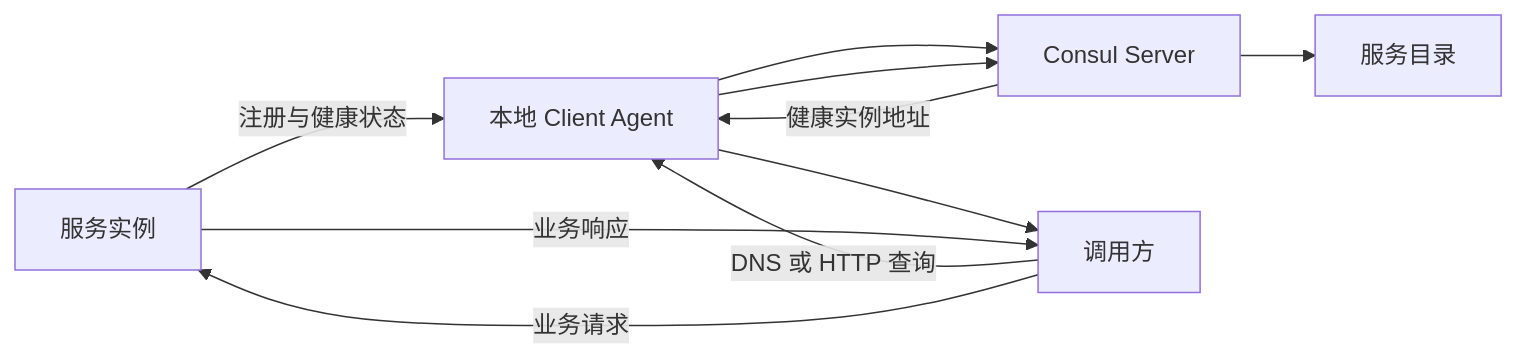
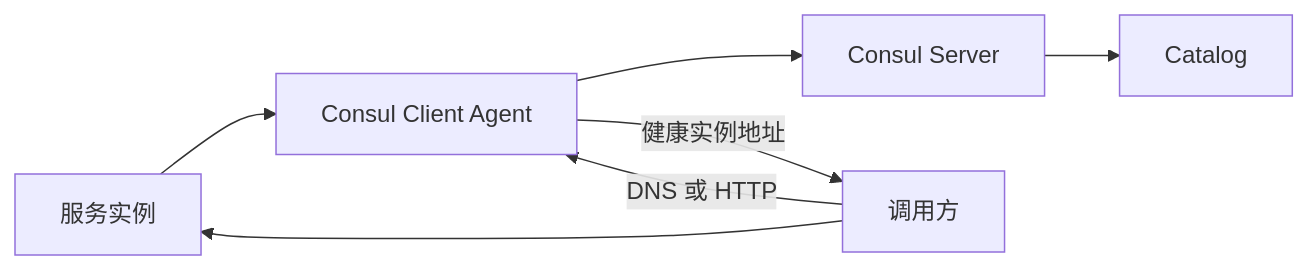
The diagram in content/map/consul.md (blog-archives/interview), drawn with Mermaid before and after one commit. The commit also changed other lines of this file and 10 other files, not shown here.

````diff
--- a/content/map/consul.md
+++ b/content/map/consul.md
@@ -20,12 +16,9 @@
 ```mermaid
 flowchart LR
-    A[服务实例] -->|注册与健康状态| B[本地 Client Agent]
+    A[服务实例] --> B[Consul Client Agent]
     B --> C[Consul Server]
-    C --> D[服务目录]
-    E[调用方] -->|DNS 或 HTTP 查询| B
-    B --> C
-    C -->|健康实例地址| B
-    B --> E
-    E -->|业务请求| A
-    A -->|业务响应| E
+    C --> D[Catalog]
+    E[调用方] -->|DNS 或 HTTP| B
+    B -->|健康实例地址| E
+    E --> A
 ```
````
